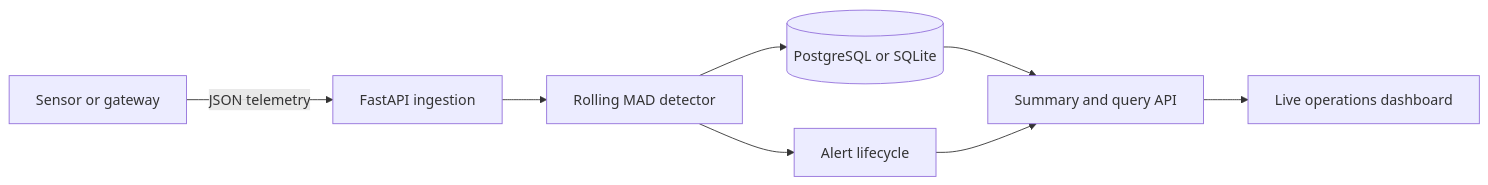
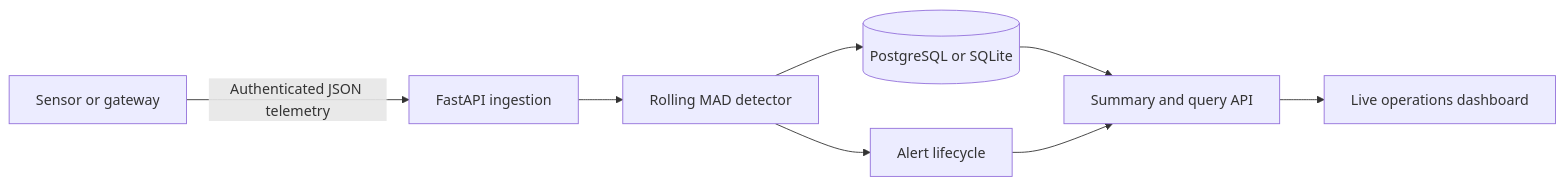
The diagram in README.md (amkumirab/SensorWatch), drawn with Mermaid before and after one commit. The commit also changed other lines of this file and 10 other files, not shown here.

Commit message:
Add API key protection for sensor ingestion

````diff
--- a/README.md
+++ b/README.md
@@ -34,10 +35,10 @@
 ```mermaid
 flowchart LR
-    A[Sensor or gateway] -->|JSON telemetry| B[FastAPI ingestion]
+    A[Sensor or gateway] -->|Authenticated JSON telemetry| B[FastAPI ingestion]
     B --> C[Rolling MAD detector]
     C --> D[(PostgreSQL or SQLite)]
     C --> E[Alert lifecycle]
     D --> F[Summary and query API]
     E --> F
     F --> G[Live operations dashboard]
 ```
````
